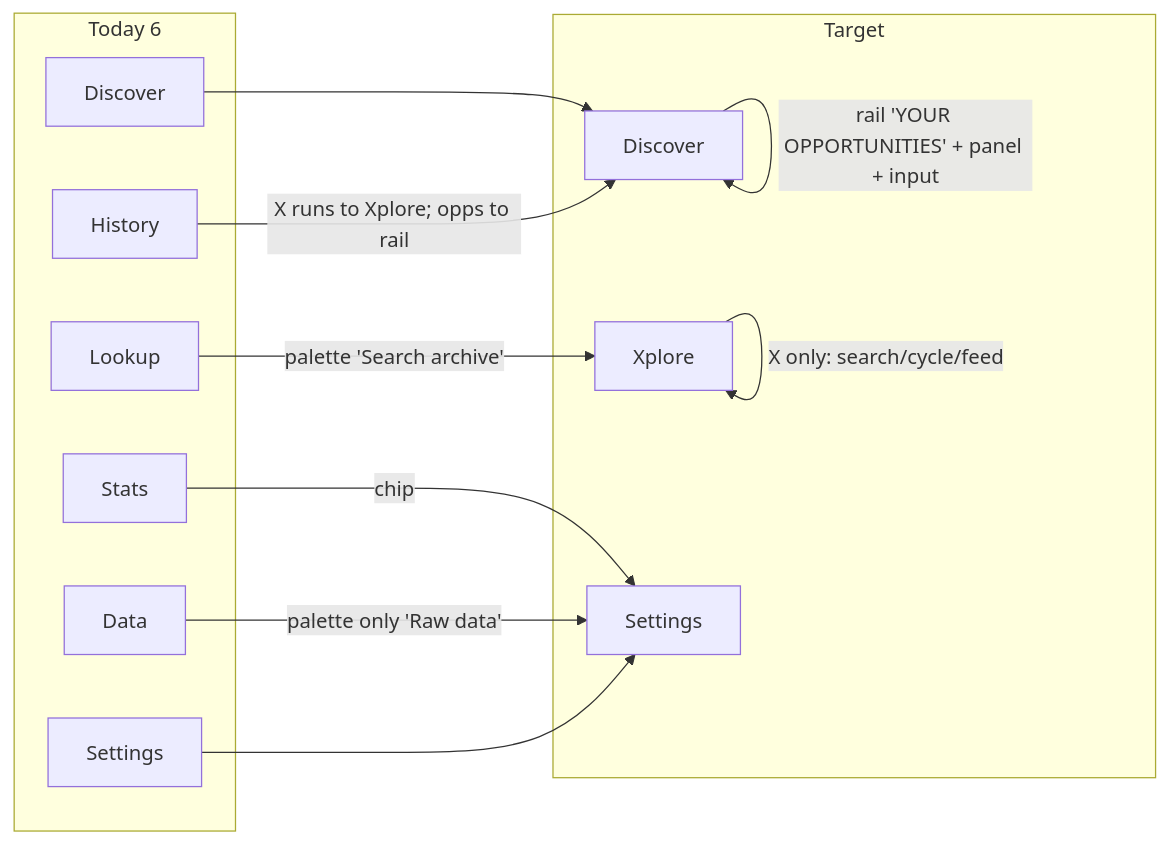
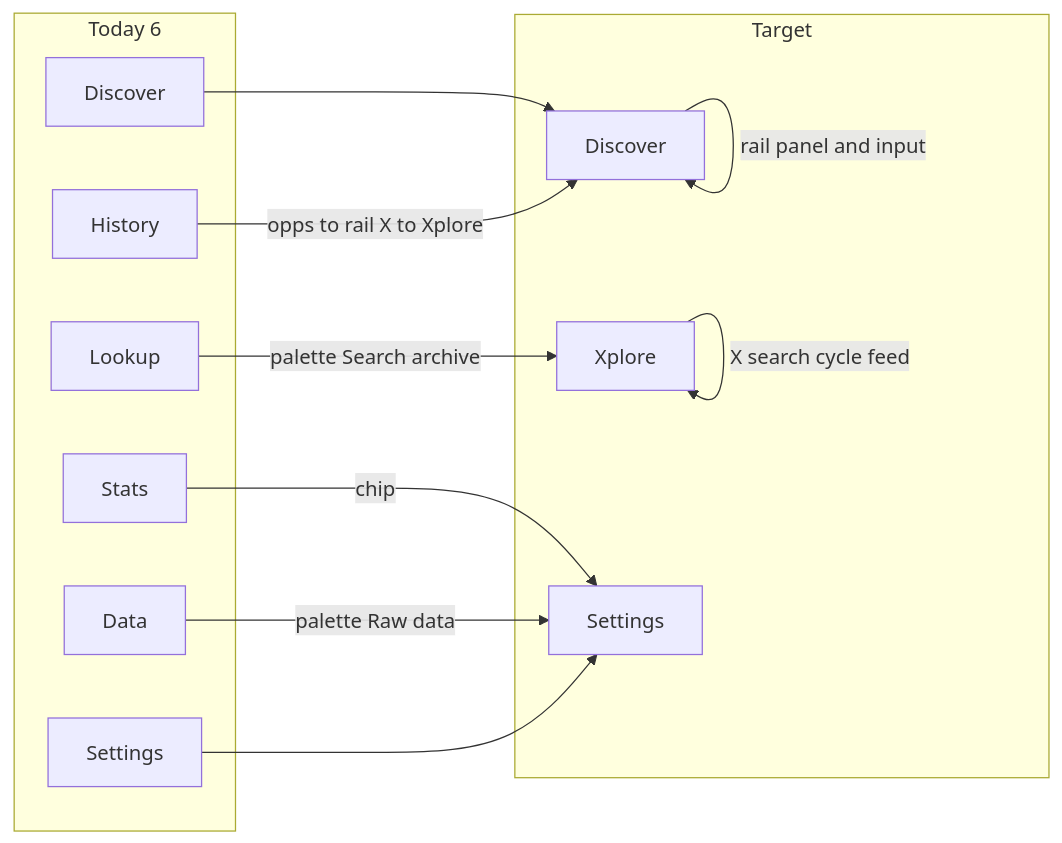
One commit to p10ns11y/collab-finder changed diagram 13 of 18 in reports/intuitive-shell-plan.md. Above: the diagram before and after it, drawn with Mermaid. The commit also changed other lines of this file and 1 other file, not shown here.

First line of the commit message:
docs: fix GitHub Mermaid parse errors in planning reports

````diff
--- a/reports/intuitive-shell-plan.md
+++ b/reports/intuitive-shell-plan.md
@@ -406,22 +408,22 @@
 ```mermaid
 flowchart LR
   subgraph before[Today 6]
     b1[Discover]
     b2[Stats]
     b3[History]
     b4[Data]
     b5[Lookup]
     b6[Settings]
   end
   subgraph after[Target]
-    D[Discover] -->|rail 'YOUR OPPORTUNITIES' + panel + input| D
-    X[Xplore] -->|X only: search/cycle/feed| X
+    D[Discover] -->|rail panel and input| D
+    X[Xplore] -->|X search cycle feed| X
     S[Settings]
   end
   b1 --> D
   b2 -->|chip| S
-  b3 -->|X runs to Xplore; opps to rail| D
-  b4 -->|palette only 'Raw data'| S
-  b5 -->|palette 'Search archive'| X
+  b3 -->|opps to rail X to Xplore| D
+  b4 -->|palette Raw data| S
+  b5 -->|palette Search archive| X
   b6 --> S
 ```
````
